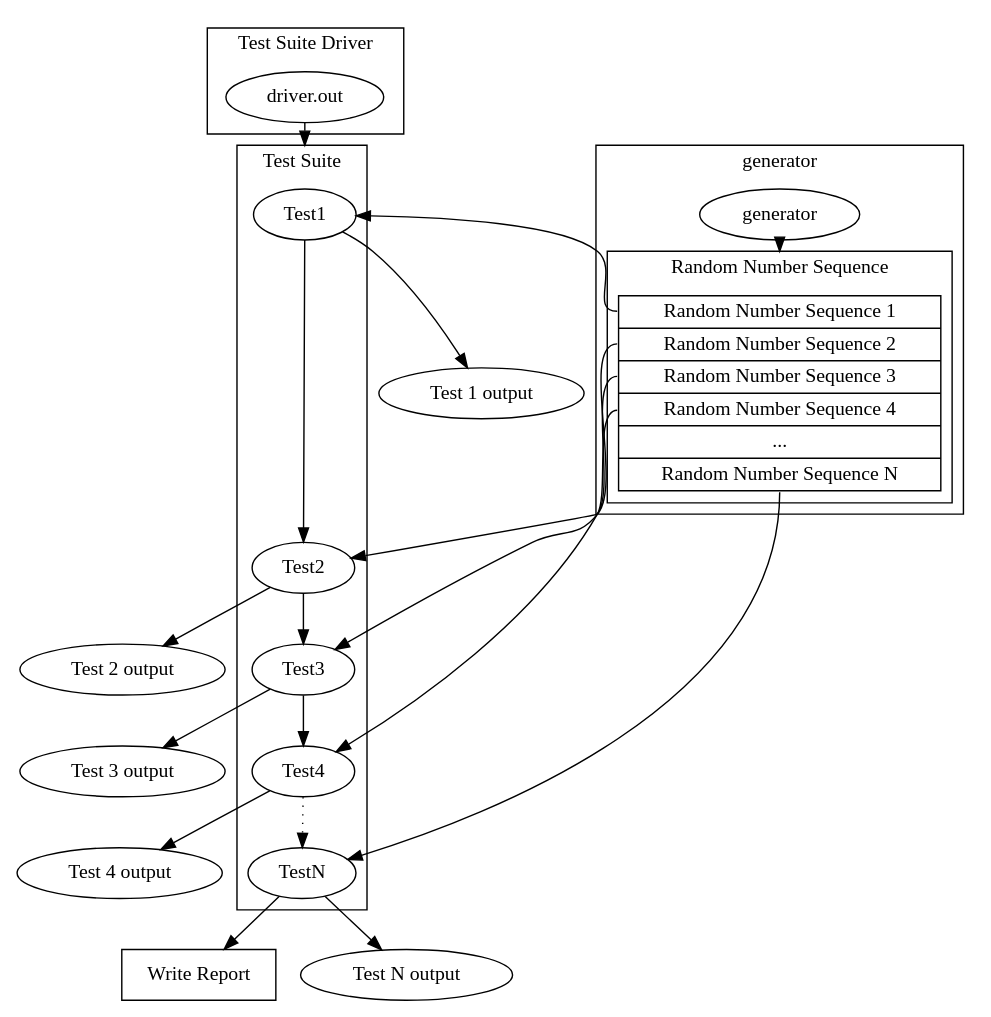
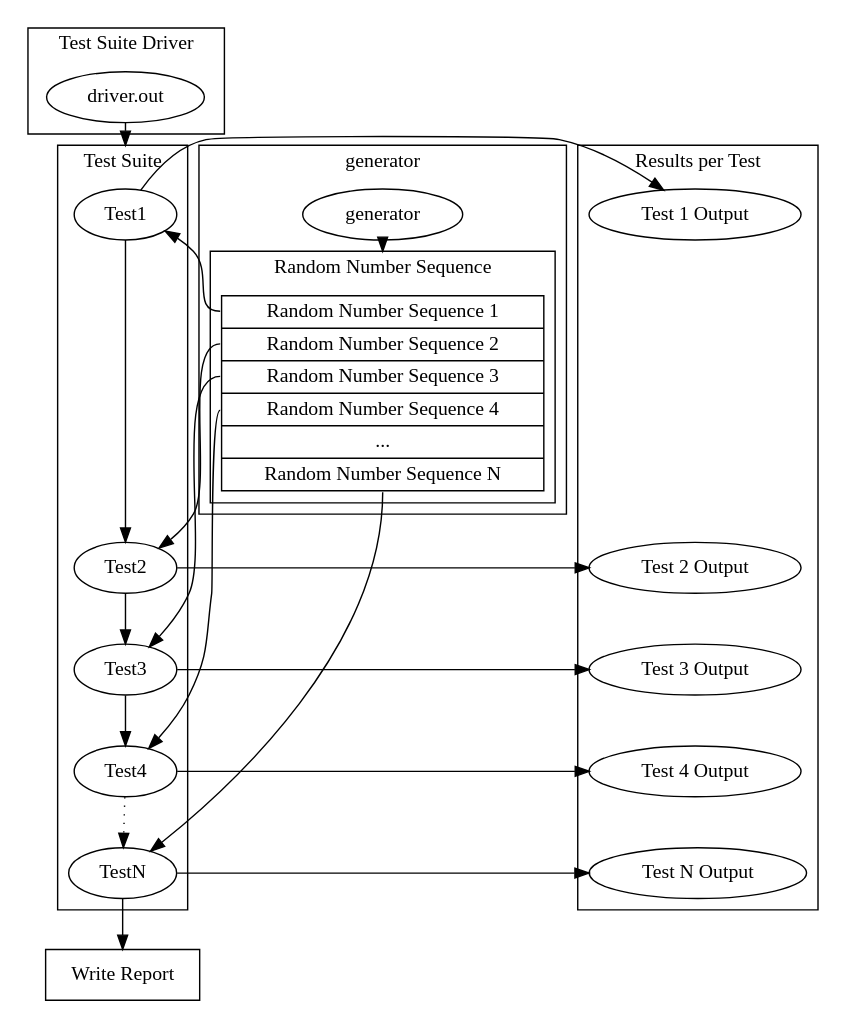
The diagram in testu01_serial_valid.dot (rski/project-poster), drawn with Graphviz before and after one commit.

Commit message:
put the outputs in a cluster

```diff
--- a/testu01_serial_valid.dot
+++ b/testu01_serial_valid.dot
@@ -1,50 +1,64 @@
 digraph Testu1_serial {
   Report [ shape = box, label = "Write Report"];
 
   subgraph cluster_test_suite_driver{
     rank = source;
     label = "Test Suite Driver";
     "driver.out";
   }
 
   subgraph cluster_test_suite {
     label = "Test Suite";
     Test1;
     Test1 -> Test2
     Test2 -> Test3
     Test3 -> Test4
     Test4 -> TestN [ style = dotted ];
   }
 
   subgraph cluster_generator {
     label = "generator"
     generator [constraint = false] ;
     subgraph cluster_randomNumberSequence{
       label = "Random Number Sequence"
       node [shape = record]
       struct1 [ label = " { <randomNumberSeq1> Random Number Sequence 1 |
       <randomNumberSeq2> Random Number Sequence 2 |
       <randomNumberSeq3> Random Number Sequence 3 |
       <randomNumberSeq4> Random Number Sequence 4 |
       ... |
       <randomNumberSeqN> Random Number Sequence N } " ]
     }
   }
  
+  subgraph cluster_test_results{
+    label = "Results per Test"
+    "Test 1 Output";
+    "Test 2 Output";
+    "Test 3 Output";
+    "Test 4 Output";
+    "Test N Output";
+  }
+
   newrank=true;
   { rank = same; generator; Test1;};
+  { rank = same; Test1; "Test 1 Output"; };
+  { rank = same; Test2; "Test 2 Output"; };
+  { rank = same; Test3; "Test 3 Output"; };
+  { rank = same; Test4; "Test 4 Output"; };
+  { rank = same; TestN; "Test N Output"; };
   compound = true;
   "driver.out" -> Test1 [lhead = cluster_test_suite];
   struct1:randomNumberSeq1 -> Test1;
   struct1:randomNumberSeq2 -> Test2;
   struct1:randomNumberSeq3 -> Test3;
   struct1:randomNumberSeq4 -> Test4;
   struct1:randomNumberSeqN -> TestN;
   generator -> struct1:randomNumberSeq1 [ lhead = cluster_randomNumberSequence];
-  Test1 -> "Test 1 output"
-  Test2 -> "Test 2 output"
-  Test3 -> "Test 3 output"
-  Test4 -> "Test 4 output"
-  TestN -> "Test N output"
+  Test1 -> "Test 1 Output"
+  Test2 -> "Test 2 Output"
+  Test3 -> "Test 3 Output"
+  Test4 -> "Test 4 Output"
+  TestN -> "Test N Output"
   TestN -> Report;
 }
```
